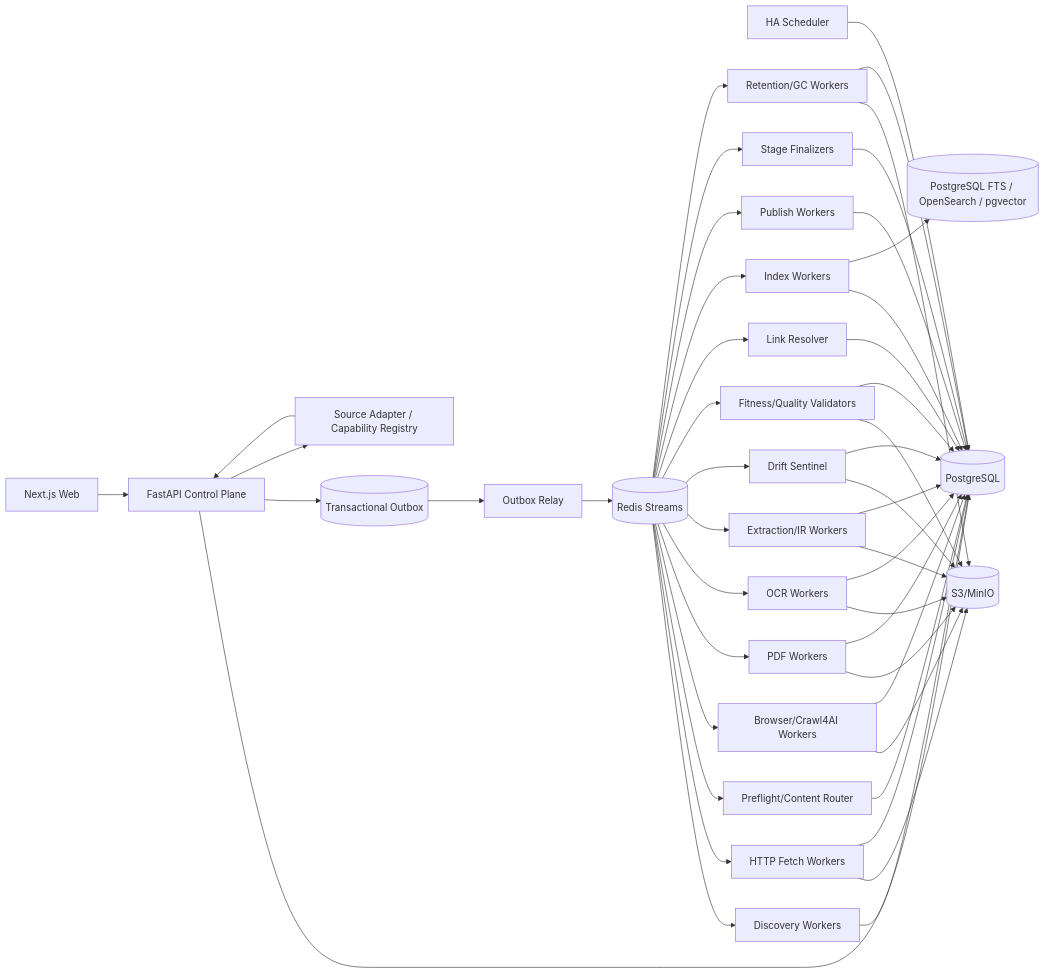
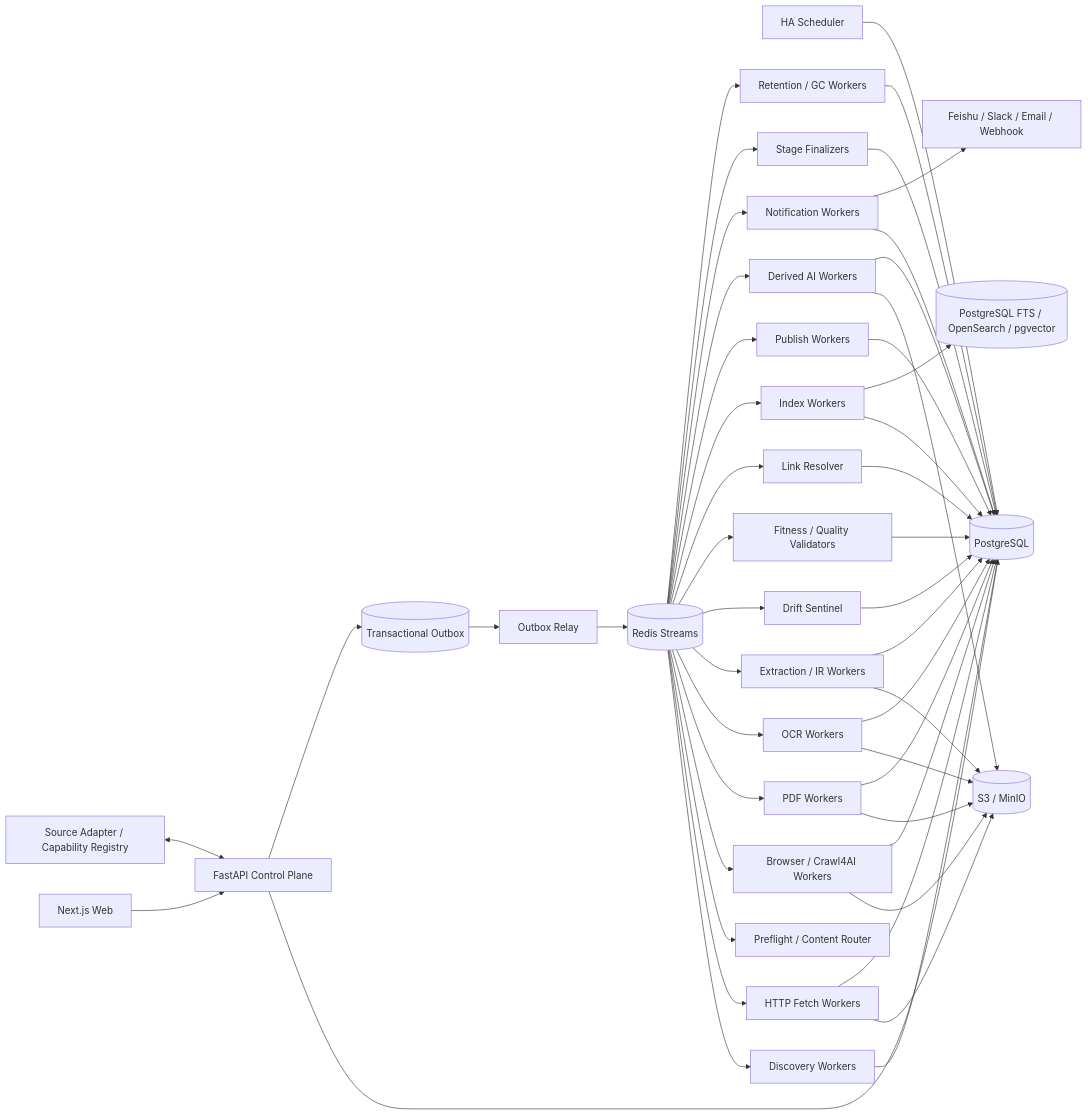
The diagram in 博客知识库技术方案.md (WorkerXu/my-doc), drawn with Mermaid before and after one commit. The commit also changed other lines of this file, not shown here.

````diff
--- a/博客知识库技术方案.md
+++ b/博客知识库技术方案.md
@@ -51,54 +55,55 @@
 ```mermaid
 flowchart LR
     UI[Next.js Web] --> API[FastAPI Control Plane]
     API --> PG[(PostgreSQL)]
     API --> OUT[(Transactional Outbox)]
 
     SCH[HA Scheduler] --> PG
     OUT --> RELAY[Outbox Relay]
     RELAY --> Q[(Redis Streams)]
 
-    REG[Source Adapter / Capability Registry] --> API
-    API --> REG
+    REG[Source Adapter / Capability Registry] <--> API
 
     Q --> DW[Discovery Workers]
     Q --> HF[HTTP Fetch Workers]
-    Q --> RT[Preflight/Content Router]
-    Q --> BW[Browser/Crawl4AI Workers]
+    Q --> RT[Preflight / Content Router]
+    Q --> BW[Browser / Crawl4AI Workers]
     Q --> PDF[PDF Workers]
     Q --> OCR[OCR Workers]
-    Q --> EX[Extraction/IR Workers]
+    Q --> EX[Extraction / IR Workers]
     Q --> DS[Drift Sentinel]
-    Q --> QV[Fitness/Quality Validators]
+    Q --> QV[Fitness / Quality Validators]
     Q --> LR[Link Resolver]
     Q --> IX[Index Workers]
     Q --> PB[Publish Workers]
+    Q --> AI[Derived AI Workers]
+    Q --> NT[Notification Workers]
     Q --> FIN[Stage Finalizers]
-    Q --> GC[Retention/GC Workers]
+    Q --> GC[Retention / GC Workers]
 
-    HF --> OBJ[(S3/MinIO)]
+    HF --> OBJ[(S3 / MinIO)]
     BW --> OBJ
     PDF --> OBJ
     OCR --> OBJ
     EX --> OBJ
-    DS --> OBJ
-    QV --> OBJ
-    GC --> OBJ
+    AI --> OBJ
 
     DW --> PG
     HF --> PG
-    RT --> PG
     BW --> PG
     PDF --> PG
     OCR --> PG
     EX --> PG
     DS --> PG
     QV --> PG
     LR --> PG
     IX --> PG
     PB --> PG
+    AI --> PG
+    NT --> PG
     FIN --> PG
     GC --> PG
 
     IX --> SEARCH[(PostgreSQL FTS / OpenSearch / pgvector)]
+    NT --> CH[Feishu / Slack / Email / Webhook]
 ```
````
